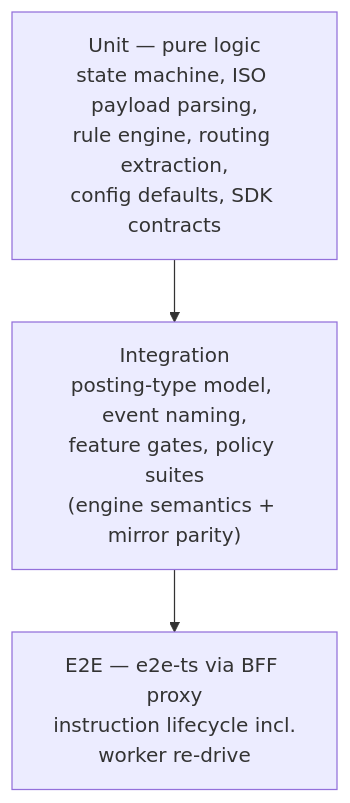
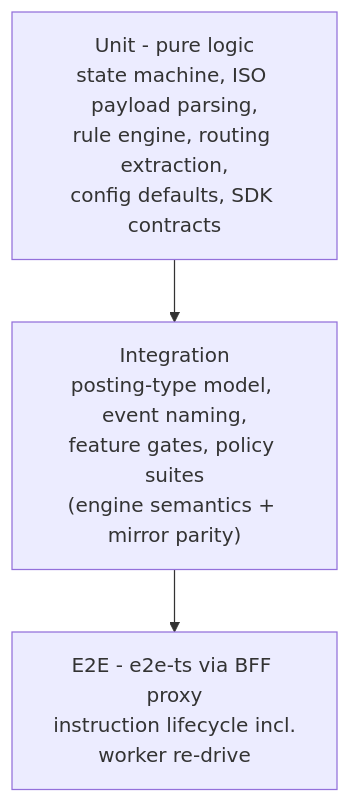
Before and after one commit to Bank8-dev/bank8-site: the eighth of 8 diagrams in docs/products/payments/design.md, drawn with Mermaid. The commit also changed other lines of this file and 53 other files, not shown here.

````diff
--- a/docs/products/payments/design.md
+++ b/docs/products/payments/design.md
@@ -369,5 +369,5 @@
 ```mermaid
 graph TD
-    U["Unit — pure logic<br/>state machine, ISO payload parsing,<br/>rule engine, routing extraction,<br/>config defaults, SDK contracts"] --> I["Integration<br/>posting-type model, event naming,<br/>feature gates, policy suites<br/>(engine semantics + mirror parity)"]
-    I --> E["E2E — e2e-ts via BFF proxy<br/>instruction lifecycle incl.<br/>worker re-drive"]
+    U["Unit - pure logic<br/>state machine, ISO payload parsing,<br/>rule engine, routing extraction,<br/>config defaults, SDK contracts"] --> I["Integration<br/>posting-type model, event naming,<br/>feature gates, policy suites<br/>(engine semantics + mirror parity)"]
+    I --> E["E2E - e2e-ts via BFF proxy<br/>instruction lifecycle incl.<br/>worker re-drive"]
 ```
````
